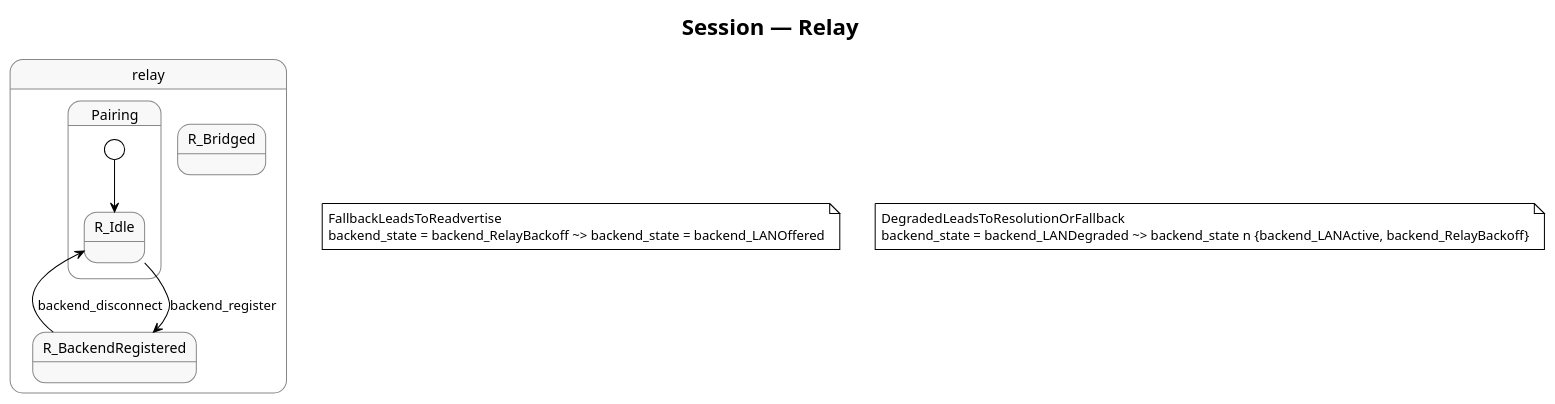
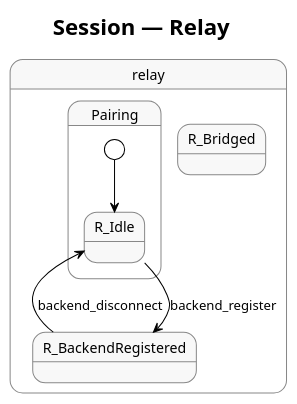
Before and after one commit to marcelocantos/pigeon: the diagram in docs/session-relay.puml, drawn with PlantUML. The commit also changed 4 other files, not shown here.

First line of the commit message:
Remove floating leads-to notes from PlantUML diagrams

```diff
--- a/docs/session-relay.puml
+++ b/docs/session-relay.puml
@@ -1,30 +1,25 @@
 @startuml Session_Relay
 !theme plain
 skinparam backgroundColor white
 skinparam state {
   BackgroundColor #f8f8f8
   BorderColor #888
 }
 
 title Session — Relay
 
 state "relay" as R {
   state "Pairing" as R_Pairing {
     [*] --> R_Idle
   }
 
   R_Idle --> R_BackendRegistered : backend_register
   R_BackendRegistered --> R_Idle : backend_disconnect
   state R_BackendRegistered
   state R_Bridged
 }
 
 ' === Cross-actor interactions ===
 
 
-' === Leads-to properties ===
-
-note "FallbackLeadsToReadvertise\nbackend_state = backend_RelayBackoff ~> backend_state = backend_LANOffered" as N_FallbackLeadsToReadvertise
-note "DegradedLeadsToResolutionOrFallback\nbackend_state = backend_LANDegraded ~> backend_state \in {backend_LANActive, backend_RelayBackoff}" as N_DegradedLeadsToResolutionOrFallback
-
 @enduml
```
